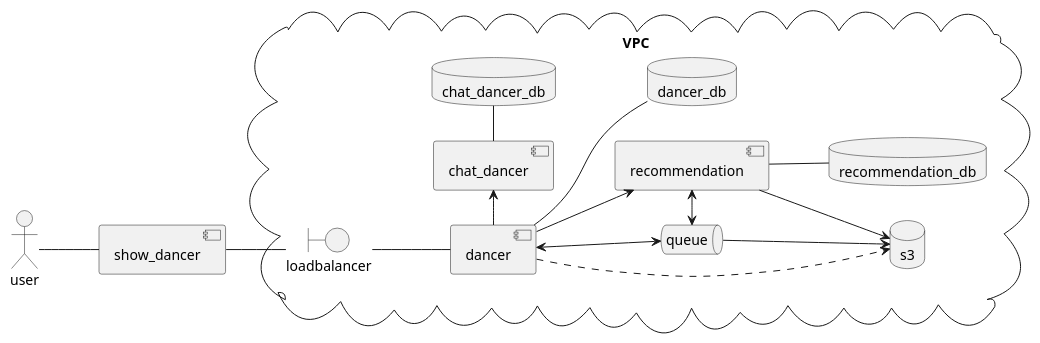
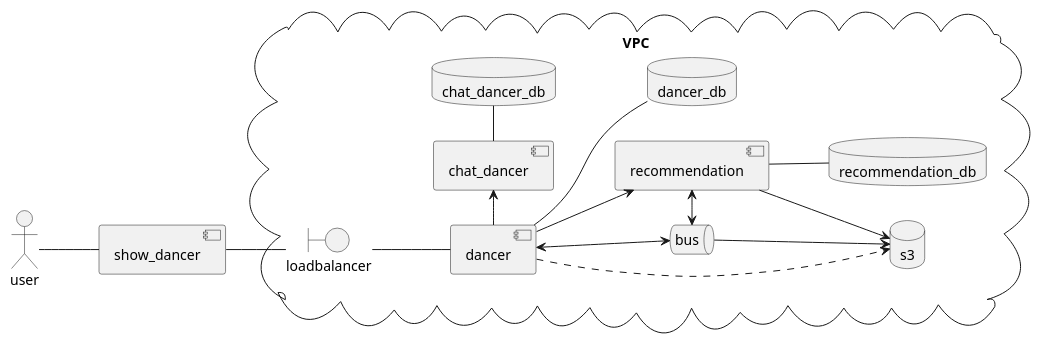
The first of 5 diagrams in src/main/jbake/content/documentation/arc42/src/04_solution_strategy.adoc (dancier/documentation), drawn with PlantUML before and after one commit.

Commit message:
queue to bus

```diff
--- a/src/main/jbake/content/documentation/arc42/src/04_solution_strategy.adoc
+++ b/src/main/jbake/content/documentation/arc42/src/04_solution_strategy.adoc
@@ -6,41 +6,41 @@
 [plantuml, high-level-architecture, svg]
 ....
 @startuml
 left to right direction
 actor user
 component show_dancer
 cloud VPC {
    boundary loadbalancer
    component dancer
    database dancer_db
 
    component chat_dancer
    database  chat_dancer_db
 
    component recommendation
    database recommendation_db
 
    database s3
 
-   queue queue
+   queue bus
 }
 user -- show_dancer
 show_dancer -- loadbalancer
 loadbalancer -- dancer
 dancer -- dancer_db
 dancer ...> s3
 dancer -> recommendation
 dancer -> chat_dancer
 
 recommendation -> s3
 recommendation -- recommendation_db
 
 chat_dancer - chat_dancer_db
 
-dancer <--> queue
-queue <-> recommendation
+dancer <--> bus
+bus <-> recommendation
 
-queue -> s3
+bus -> s3
 
 @enduml
 ....
```
